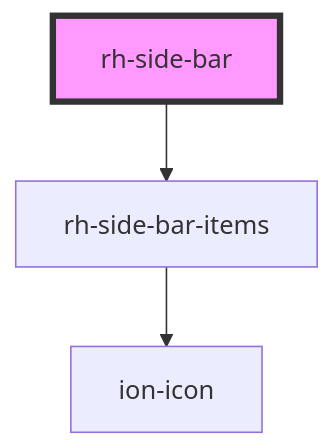
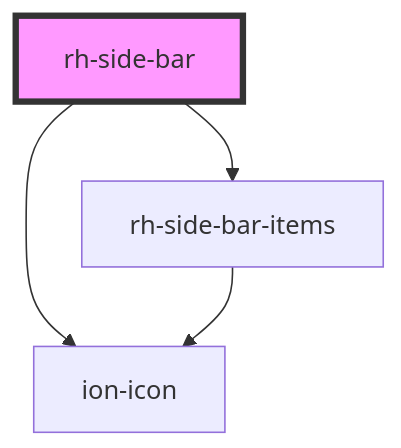
The diagram in src/components/side-bar/readme.md (BrunoAST/rh-core-ui), drawn with Mermaid before and after one commit. The commit also changed other lines of this file and 14 other files, not shown here.

````diff
--- a/src/components/side-bar/readme.md
+++ b/src/components/side-bar/readme.md
@@ -22,6 +30,7 @@
 ```mermaid
 graph TD;
+  rh-side-bar --> ion-icon
   rh-side-bar --> rh-side-bar-items
   rh-side-bar-items --> ion-icon
   style rh-side-bar fill:#f9f,stroke:#333,stroke-width:4px
 ```
````
